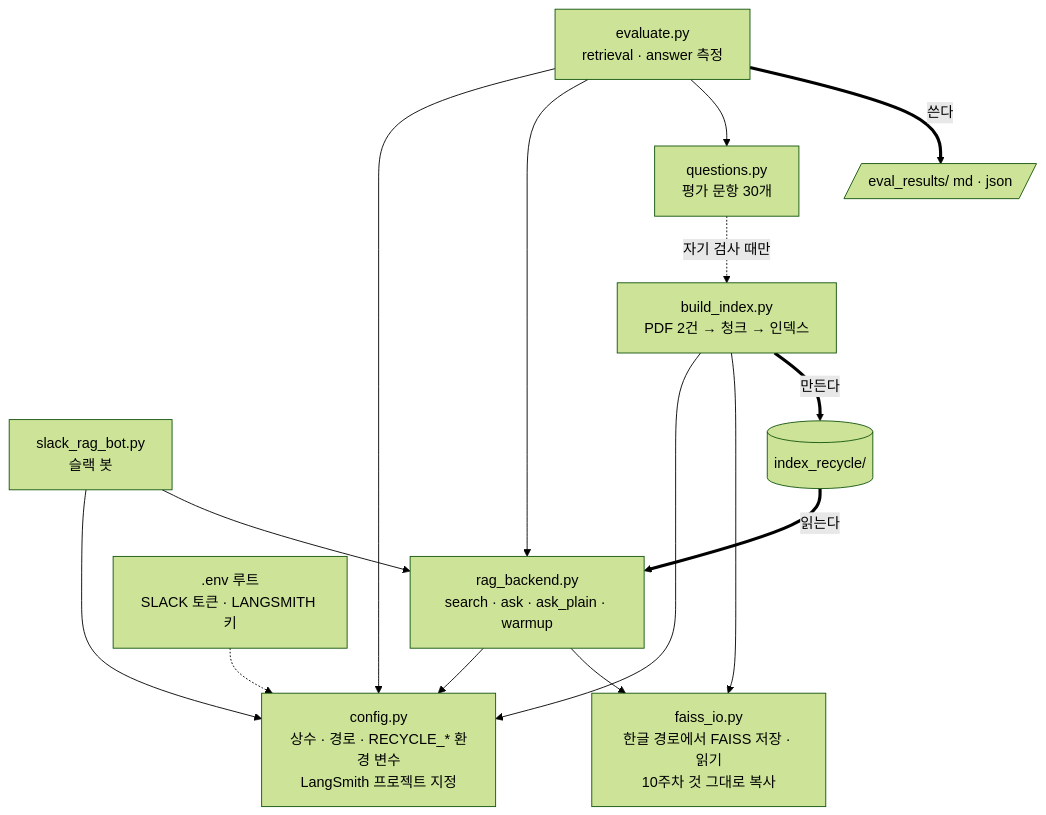
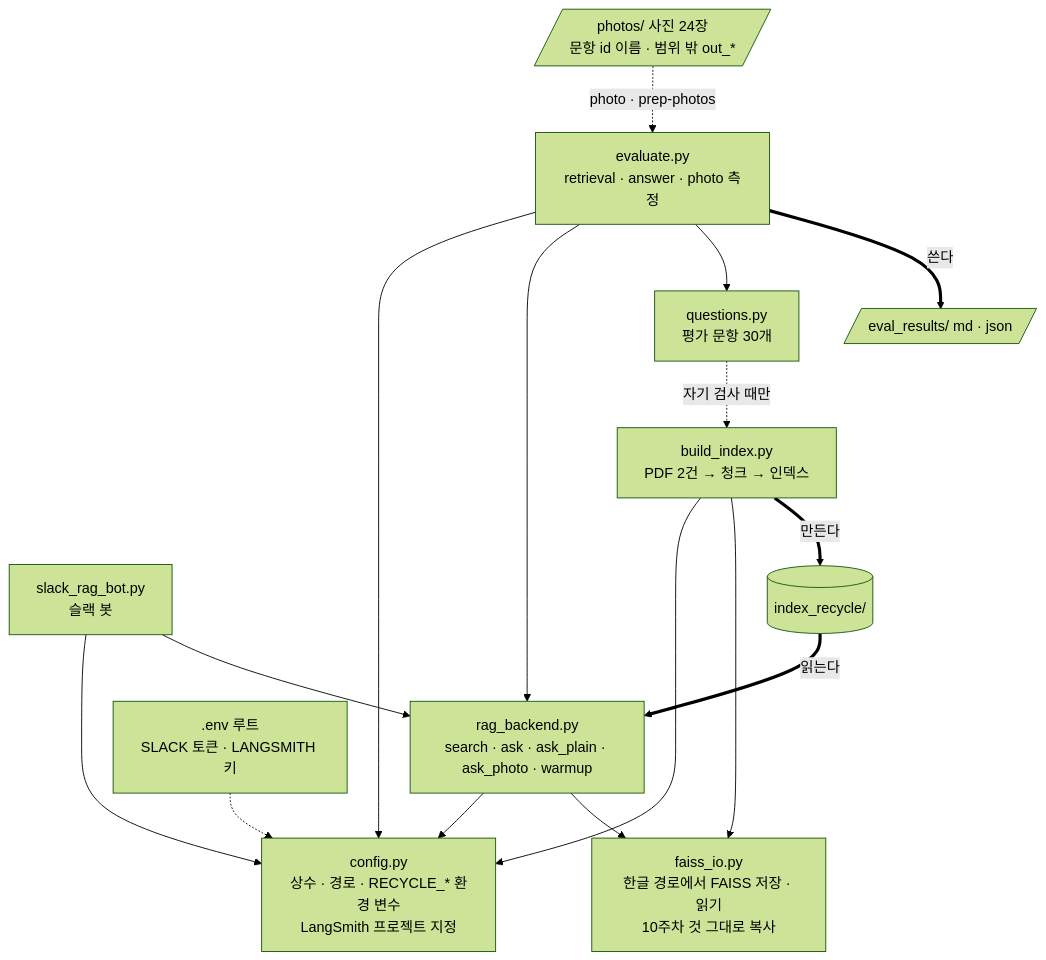
Before and after one commit to Jinseok2419342/recycle-rag-slack-bot: the second of 10 diagrams in docs/architecture.md, drawn with Mermaid (forest theme). The commit also changed other lines of this file and 37 other files, not shown here.

````diff
--- a/docs/architecture.md
+++ b/docs/architecture.md
@@ -77,26 +80,28 @@
 ```mermaid
 flowchart TD
     config["config.py<br/>상수 · 경로 · RECYCLE_* 환경 변수<br/>LangSmith 프로젝트 지정"]
     faiss["faiss_io.py<br/>한글 경로에서 FAISS 저장 · 읽기<br/>10주차 것 그대로 복사"]
     build["build_index.py<br/>PDF 2건 → 청크 → 인덱스"]
-    rag["rag_backend.py<br/>search · ask · ask_plain · warmup"]
+    rag["rag_backend.py<br/>search · ask · ask_plain · ask_photo · warmup"]
     bot["slack_rag_bot.py<br/>슬랙 봇"]
     q["questions.py<br/>평가 문항 30개"]
-    ev["evaluate.py<br/>retrieval · answer 측정"]
+    ev["evaluate.py<br/>retrieval · answer · photo 측정"]
+    ph[/"photos/ 사진 24장<br/>문항 id 이름 · 범위 밖 out_*"/]
 
     build --> config
     build --> faiss
     rag --> config
     rag --> faiss
     bot --> config
     bot --> rag
     ev --> config
     ev --> rag
     ev --> q
     q -. "자기 검사 때만" .-> build
 
     env[".env 루트<br/>SLACK 토큰 · LANGSMITH 키"] -.-> config
     build == "만든다" ==> idx[("index_recycle/")]
     idx == "읽는다" ==> rag
     ev == "쓴다" ==> res[/"eval_results/ md · json"/]
+    ph -. "photo · prep-photos" .-> ev
 ```
````
